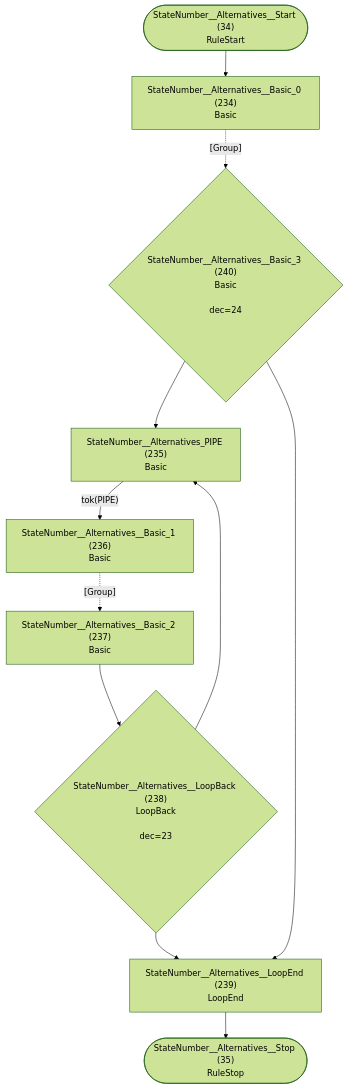
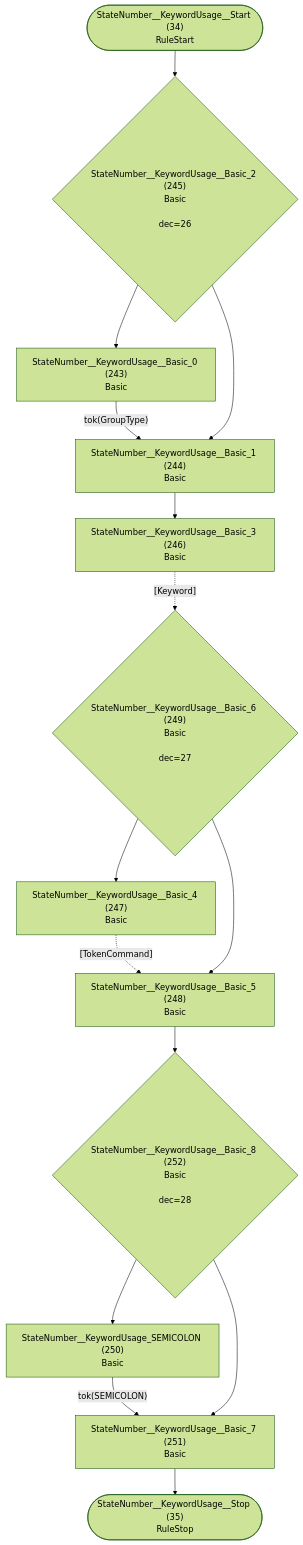
Diagram 18 of 33 in internal/grammar/atn.md (TypeFox/fastbelt), drawn with Mermaid (forest theme) before and after one commit. The commit also changed other lines of this file and 6 other files, not shown here.

````diff
--- a/internal/grammar/atn.md
+++ b/internal/grammar/atn.md
@@ -548,23 +565,30 @@
 ```mermaid
 flowchart TD
-    q34(["StateNumber__Alternatives__Start (34)<br/>RuleStart"])
-    q35(["StateNumber__Alternatives__Stop (35)<br/>RuleStop"])
-    q234["StateNumber__Alternatives__Basic_0 (234)<br/>Basic<br/>"]
-    q235["StateNumber__Alternatives_PIPE (235)<br/>Basic<br/>"]
-    q236["StateNumber__Alternatives__Basic_1 (236)<br/>Basic<br/>"]
-    q237["StateNumber__Alternatives__Basic_2 (237)<br/>Basic<br/>"]
-    q238{"StateNumber__Alternatives__LoopBack (238)<br/>LoopBack<br/><br/>dec=23"}
-    q239["StateNumber__Alternatives__LoopEnd (239)<br/>LoopEnd<br/>"]
-    q240{"StateNumber__Alternatives__Basic_3 (240)<br/>Basic<br/><br/>dec=24"}
+    q34(["StateNumber__KeywordUsage__Start (34)<br/>RuleStart"])
+    q35(["StateNumber__KeywordUsage__Stop (35)<br/>RuleStop"])
+    q243["StateNumber__KeywordUsage__Basic_0 (243)<br/>Basic<br/>"]
+    q244["StateNumber__KeywordUsage__Basic_1 (244)<br/>Basic<br/>"]
+    q245{"StateNumber__KeywordUsage__Basic_2 (245)<br/>Basic<br/><br/>dec=26"}
+    q246["StateNumber__KeywordUsage__Basic_3 (246)<br/>Basic<br/>"]
+    q247["StateNumber__KeywordUsage__Basic_4 (247)<br/>Basic<br/>"]
+    q248["StateNumber__KeywordUsage__Basic_5 (248)<br/>Basic<br/>"]
+    q249{"StateNumber__KeywordUsage__Basic_6 (249)<br/>Basic<br/><br/>dec=27"}
+    q250["StateNumber__KeywordUsage_SEMICOLON (250)<br/>Basic<br/>"]
+    q251["StateNumber__KeywordUsage__Basic_7 (251)<br/>Basic<br/>"]
+    q252{"StateNumber__KeywordUsage__Basic_8 (252)<br/>Basic<br/><br/>dec=28"}
 
-    q34 --> q234
-    q234 -.->|"[Group]"| q240
-    q235 -->|"tok(PIPE)"| q236
-    q236 -.->|"[Group]"| q237
-    q237 --> q238
-    q238 --> q235
-    q238 --> q239
-    q239 --> q35
-    q240 --> q235
-    q240 --> q239
+    q34 --> q245
+    q243 -->|"tok(GroupType)"| q244
+    q244 --> q246
+    q245 --> q243
+    q245 --> q244
+    q246 -.->|"[Keyword]"| q249
+    q247 -.->|"[TokenCommand]"| q248
+    q248 --> q252
+    q249 --> q247
+    q249 --> q248
+    q250 -->|"tok(SEMICOLON)"| q251
+    q251 --> q35
+    q252 --> q250
+    q252 --> q251
 ```
````
